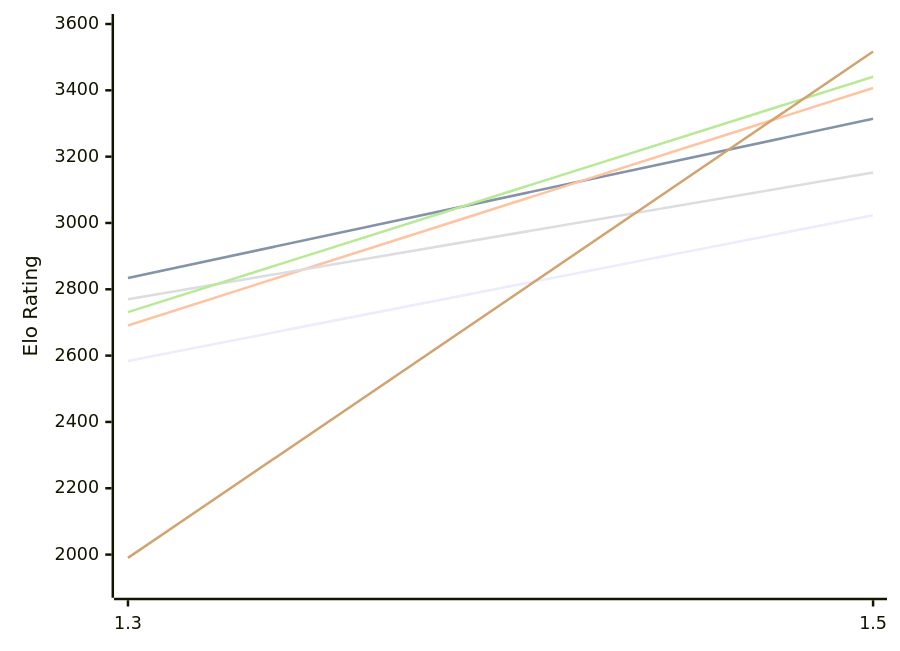
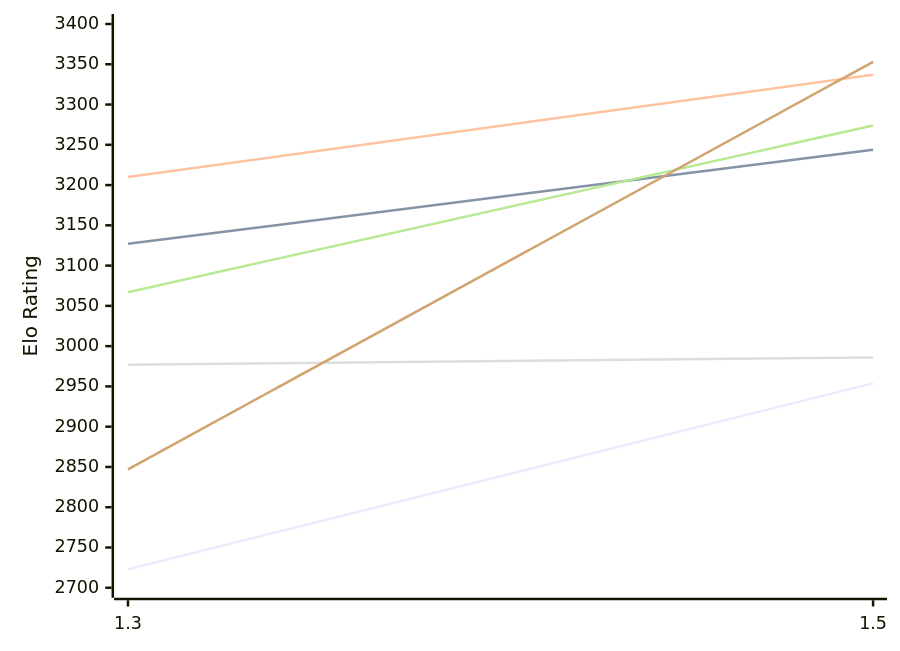
The first of 2 diagrams in engines/Lambergar.md (computer-chess-index/cci), drawn with Mermaid before and after one commit. The commit also changed other lines of this file, not shown here.

Commit message:
Update CCI Ratings (ELO VLTC) - 2026-11-13

````diff
--- a/engines/Lambergar.md
+++ b/engines/Lambergar.md
@@ -50,12 +50,12 @@
 ```mermaid
 %%{init: {"theme":"base","themeVariables":{"seriesColors:['#a3a3a3','#222221','#faa371']}}}%%
 xychart-beta
   x-axis ["1.3", "1.5"]
-  y-axis "Elo Rating" 1900 --> 3600
-  line "E1: STC (8.0+0.08s)" [2584, 3023]
-  line "E1: LTC (60.0+0.60s)" [2834, 3314]
-  line "E1: VLTC (2m24s+1.12s)" [2691, 3407]
-  line "P1: STC (8.0+0.08s)" [2770, 3152]
-  line "P1: LTC (60.0+0.60s)" [2731, 3441]
-  line "P1: VLTC (2m24s+1.12s)" [1990, 3517]
+  y-axis "Elo Rating" 2700 --> 3400
+  line "E1: STC (8.0+0.08s)" [2723, 2954]
+  line "E1: LTC (60.0+0.60s)" [3127, 3244]
+  line "E1: VLTC (2m24s+1.12s)" [3210, 3337]
+  line "P1: STC (8.0+0.08s)" [2977, 2986]
+  line "P1: LTC (60.0+0.60s)" [3067, 3274]
+  line "P1: VLTC (2m24s+1.12s)" [2847, 3353]
 ```
````
